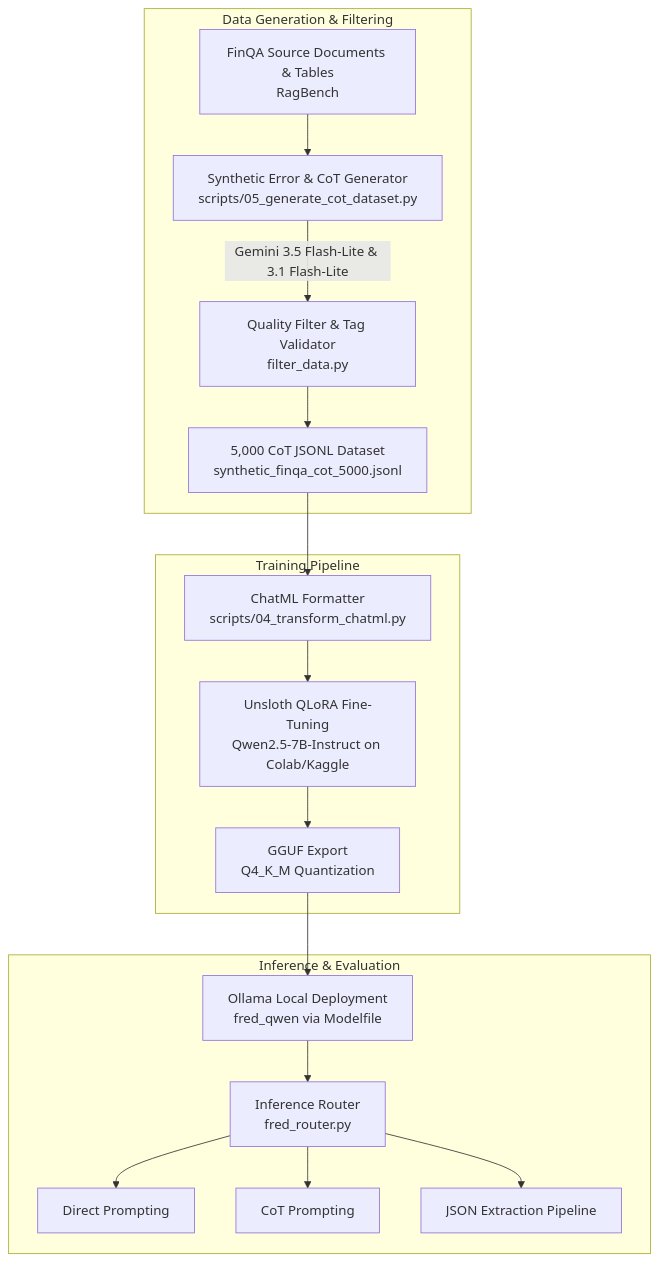
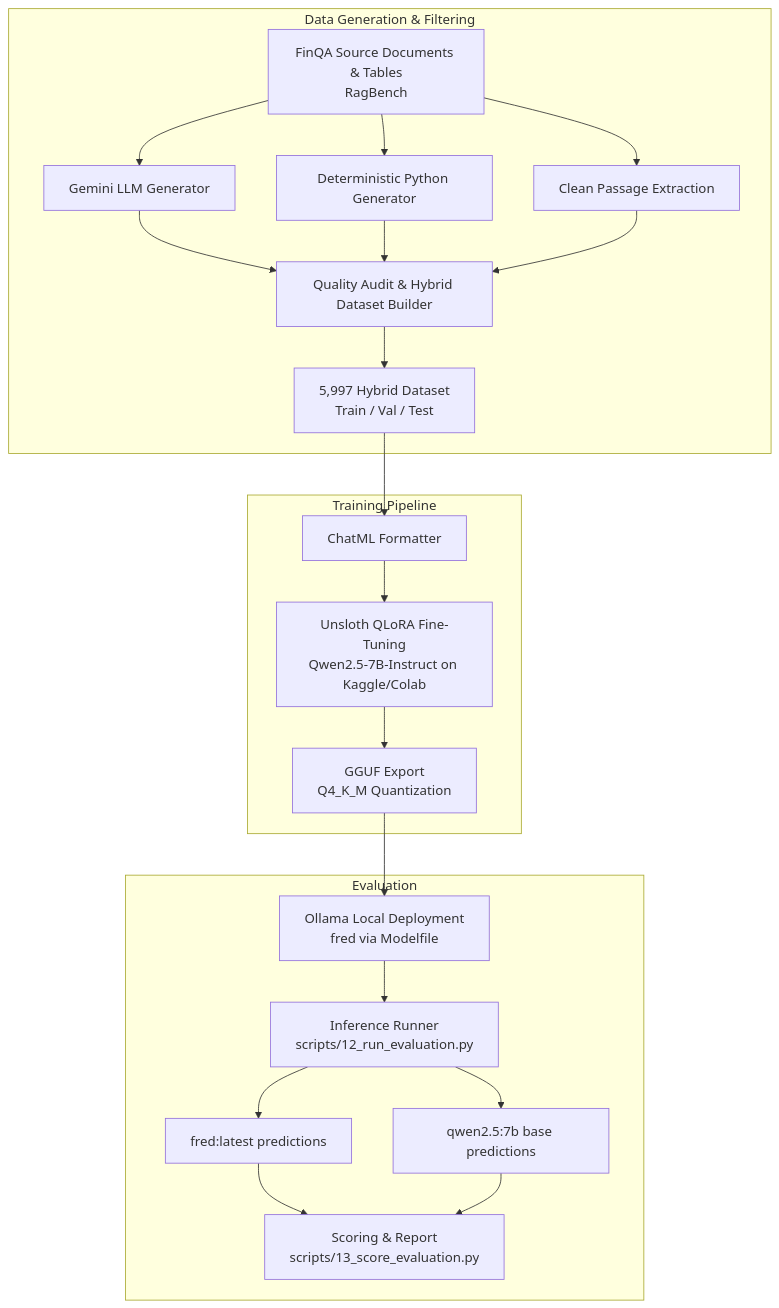
The diagram in README.md (Akash-Purbhi/FRED-Financial-Retrieval-Enhanced-Detection-and-Editing-of-Hallucinations-in-Language-Models), drawn with Mermaid before and after one commit. The commit also changed other lines of this file and 34 other files, not shown here.

First line of the commit message:
feat: complete FRED paper replication, LLM-as-a-judge evaluation (Table 5), benchmark tables, and reports

````diff
--- a/README.md
+++ b/README.md
@@ -68,22 +82,24 @@
 ```mermaid
 flowchart TD
     subgraph Data Generation & Filtering
-        A[FinQA Source Documents & Tables\nRagBench] --> B[Synthetic Error & CoT Generator\nscripts/05_generate_cot_dataset.py]
-        B -->|Gemini 3.5 Flash-Lite & 3.1 Flash-Lite| C[Quality Filter & Tag Validator\nfilter_data.py]
-        C --> D[5,000 CoT JSONL Dataset\nsynthetic_finqa_cot_5000.jsonl]
+        A[FinQA Source Documents & Tables\nRagBench] --> B1[Gemini LLM Generator]
+        A --> B2[Deterministic Python Generator]
+        A --> B3[Clean Passage Extraction]
+        B1 & B2 & B3 --> C[Quality Audit & Hybrid Dataset Builder]
+        C --> D[5,997 Hybrid Dataset\nTrain / Val / Test]
     end
 
     subgraph Training Pipeline
-        D --> E[ChatML Formatter\nscripts/04_transform_chatml.py]
-        E --> F[Unsloth QLoRA Fine-Tuning\nQwen2.5-7B-Instruct on Colab/Kaggle]
+        D --> E[ChatML Formatter]
+        E --> F[Unsloth QLoRA Fine-Tuning\nQwen2.5-7B-Instruct on Kaggle/Colab]
         F --> G[GGUF Export\nQ4_K_M Quantization]
     end
 
-    subgraph Inference & Evaluation
-        G --> H[Ollama Local Deployment\nfred_qwen via Modelfile]
-        H --> I[Inference Router\nfred_router.py]
-        I --> J1[Direct Prompting]
-        I --> J2[CoT Prompting]
-        I --> J3[JSON Extraction Pipeline]
+    subgraph Evaluation
+        G --> H[Ollama Local Deployment\nfred via Modelfile]
+        H --> I[Inference Runner\nscripts/12_run_evaluation.py]
+        I --> J1[fred:latest predictions]
+        I --> J2[qwen2.5:7b base predictions]
+        J1 & J2 --> K[Scoring & Report\nscripts/13_score_evaluation.py]
     end
 ```
````
